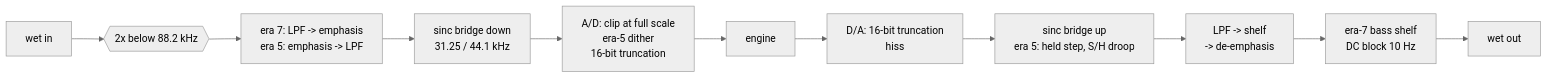
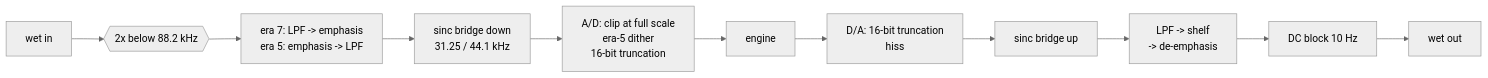
One commit to tehguitarist/YREV57 changed the second of 2 diagrams in docs/design/engine.md. Above: the diagram before and after it, drawn with Mermaid (neutral theme). The commit also changed other lines of this file and 51 other files, not shown here.

````diff
--- a/docs/design/engine.md
+++ b/docs/design/engine.md
@@ -43,13 +45,13 @@
 ```mermaid
 flowchart LR
   IN[wet in] --> OS{{2x below 88.2 kHz}}
   OS --> A7[era 7: LPF -> emphasis\nera 5: emphasis -> LPF]
   A7 --> DN[sinc bridge down\n31.25 / 44.1 kHz]
   DN --> AD[A/D: clip at full scale\nera-5 dither\n16-bit truncation]
   AD --> ENG[engine]
   ENG --> DA[D/A: 16-bit truncation\nhiss]
-  DA --> UP[sinc bridge up\nera 5: held step, S/H droop]
+  DA --> UP[sinc bridge up]
   UP --> REC[LPF -> shelf\n-> de-emphasis]
-  REC --> DCB[era-7 bass shelf\nDC block 10 Hz]
+  REC --> DCB[DC block 10 Hz]
   DCB --> OUT[wet out]
 ```
````
